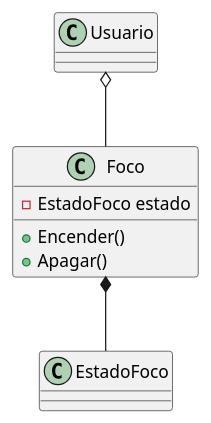
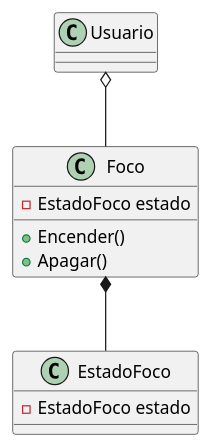
One commit to HernandezJimenezKarlaXimena/3E261-SegundoParcial changed the diagram in docs/foco.puml. Above: the diagram before and after it, drawn with PlantUML.

Commit message:
practica 2

```diff
--- a/docs/foco.puml
+++ b/docs/foco.puml
@@ -1,16 +1,17 @@
 @startuml foco 
  
  class Usuario
 
  class Foco {
     -EstadoFoco estado
     +Encender()
     +Apagar()
  }
 
- class EstadoFoco 
-
+ class EstadoFoco {
+ -EstadoFoco estado
+ }
  Usuario o-- Foco
  Foco *-- EstadoFoco
 
  @enduml
```
